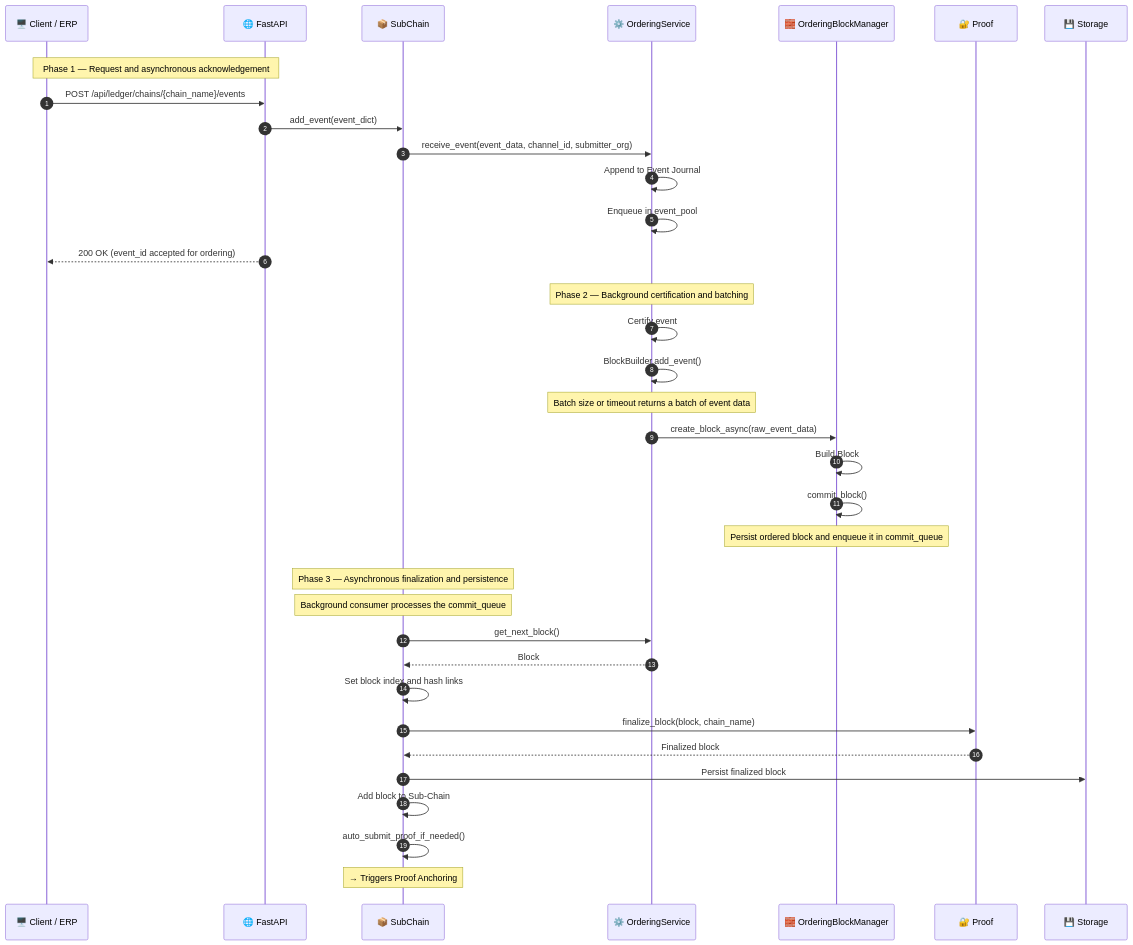
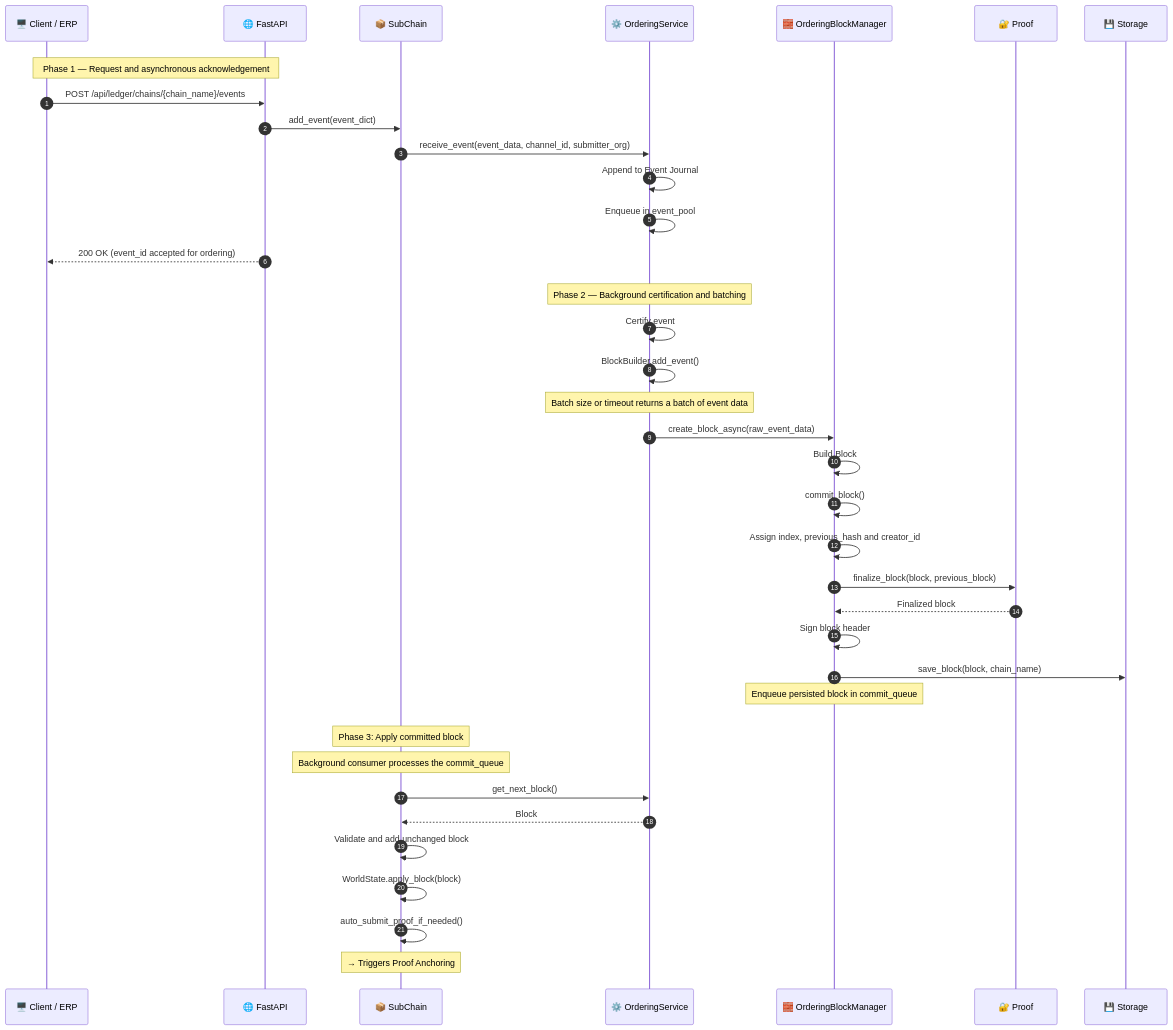
The diagram in docs/en/workflows/event-submission.md (VanDung-dev/HieraChain), drawn with Mermaid before and after one commit. The commit also changed other lines of this file and 158 other files, not shown here.

````diff
--- a/docs/en/workflows/event-submission.md
+++ b/docs/en/workflows/event-submission.md
@@ -19,48 +17,50 @@
 ```mermaid
 sequenceDiagram
     autonumber
     participant Client as 🖥️ Client / ERP
     participant API as 🌐 FastAPI
     participant SC as 📦 SubChain
     participant OS as ⚙️ OrderingService
     participant BM as 🧱 OrderingBlockManager
     participant PRF as 🔐 Proof
     participant DB as 💾 Storage
 
     rect rgb(0, 0, 0, 0)
         Note over Client,API: Phase 1 — Request and asynchronous acknowledgement
         Client->>API: POST /api/ledger/chains/{chain_name}/events
         API->>SC: add_event(event_dict)
         SC->>OS: receive_event(event_data, channel_id, submitter_org)
         OS->>OS: Append to Event Journal
         OS->>OS: Enqueue in event_pool
         API-->>Client: 200 OK (event_id accepted for ordering)
     end
 
     rect rgb(0, 0, 0, 0)
         Note over OS: Phase 2 — Background certification and batching
         OS->>OS: Certify event
         OS->>OS: BlockBuilder.add_event()
         Note over OS: Batch size or timeout returns a batch of event data
         OS->>BM: create_block_async(raw_event_data)
         BM->>BM: Build Block
         BM->>BM: commit_block()
-        Note over BM: Persist ordered block and enqueue it in commit_queue
+        BM->>BM: Assign index, previous_hash and creator_id
+        BM->>PRF: finalize_block(block, previous_block)
+        PRF-->>BM: Finalized block
+        BM->>BM: Sign block header
+        BM->>DB: save_block(block, chain_name)
+        Note over BM: Enqueue persisted block in commit_queue
     end
 
     rect rgb(0, 0, 0, 0)
-        Note over SC: Phase 3 — Asynchronous finalization and persistence
+        Note over SC: Phase 3: Apply committed block
         Note over SC: Background consumer processes the commit_queue
 
         SC->>OS: get_next_block()
         OS-->>SC: Block
-        SC->>SC: Set block index and hash links
-        SC->>PRF: finalize_block(block, chain_name)
-        PRF-->>SC: Finalized block
-        SC->>DB: Persist finalized block
-        SC->>SC: Add block to Sub-Chain
+        SC->>SC: Validate and add unchanged block
+        SC->>SC: WorldState.apply_block(block)
         SC->>SC: auto_submit_proof_if_needed()
 
         Note over SC: → Triggers Proof Anchoring
     end
 ```
````
